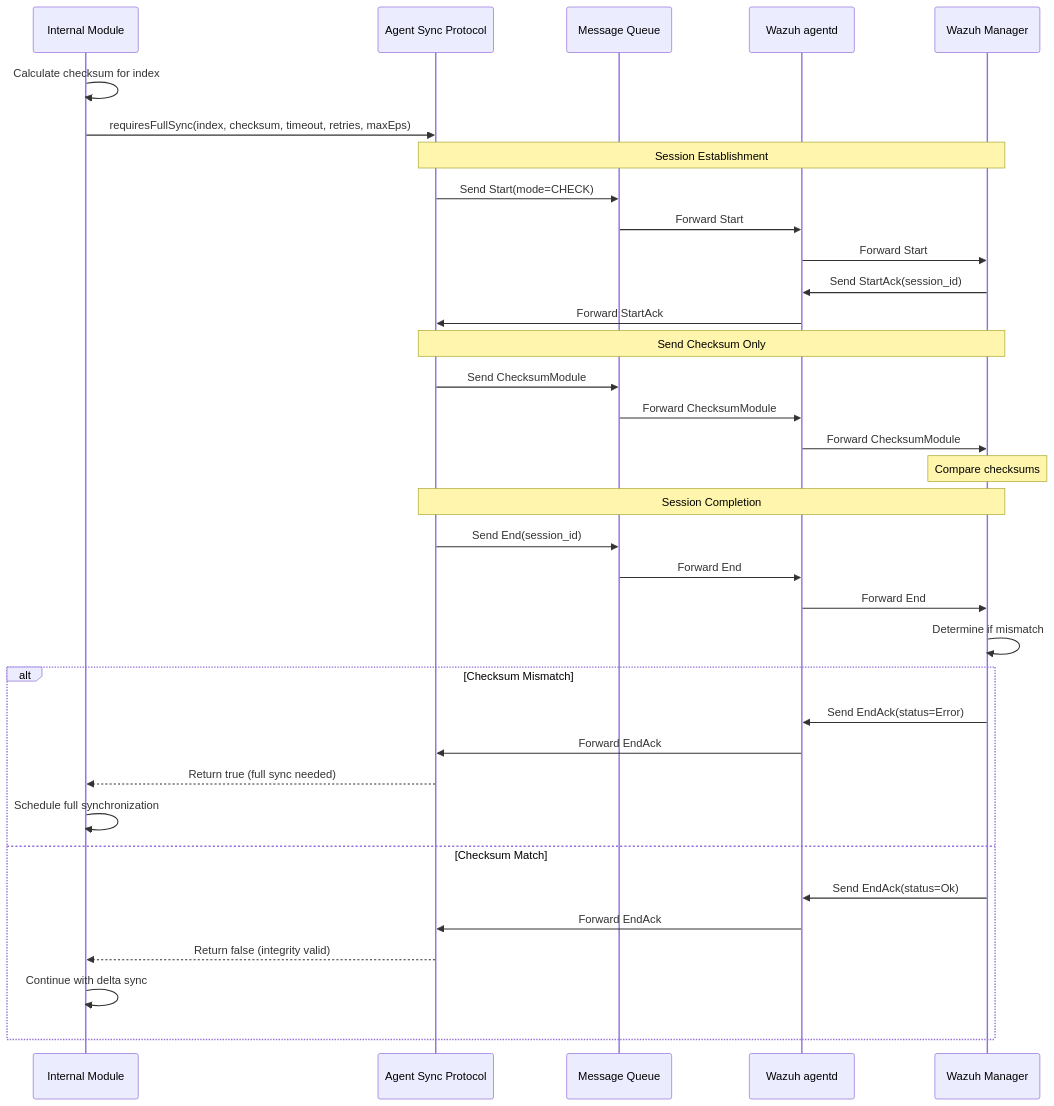
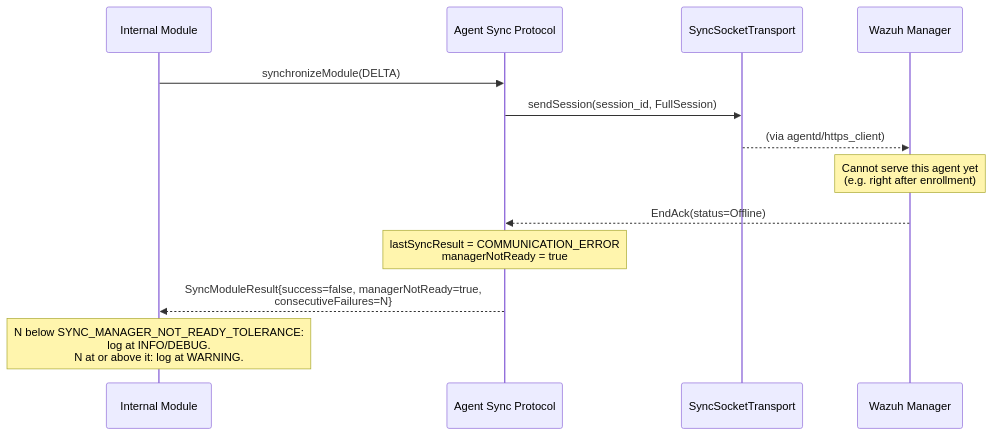
The ninth of 12 diagrams in docs/ref/modules/utils/sync-protocol/sequence-diagrams.md (wazuh/wazuh), drawn with Mermaid before and after one commit. The commit also changed other lines of this file and 9 other files, not shown here.

Commit message:
refactor(sync-protocol): fold FullSession's four payload vectors into one union

````diff
--- a/docs/ref/modules/utils/sync-protocol/sequence-diagrams.md
+++ b/docs/ref/modules/utils/sync-protocol/sequence-diagrams.md
@@ -333,43 +230,19 @@
 ```mermaid
 sequenceDiagram
     participant Module as Internal Module
     participant ASP as Agent Sync Protocol
-    participant MQ as Message Queue
-    participant AD as Wazuh agentd
+    participant Transport as SyncSocketTransport
     participant Manager as Wazuh Manager
 
-    Module->>Module: Calculate checksum for index
-    Module->>ASP: requiresFullSync(index, checksum, timeout, retries, maxEps)
+    Module->>ASP: synchronizeModule(DELTA)
+    ASP->>Transport: sendSession(session_id, FullSession)
+    Transport-->>Manager: (via agentd/https_client)
 
-    Note over ASP,Manager: Session Establishment
-    ASP->>MQ: Send Start(mode=CHECK)
-    MQ->>AD: Forward Start
-    AD->>Manager: Forward Start
-    Manager->>AD: Send StartAck(session_id)
-    AD->>ASP: Forward StartAck
+    Note over Manager: Cannot serve this agent yet<br/>(e.g. right after enrollment)
 
-    Note over ASP,Manager: Send Checksum Only
-    ASP->>MQ: Send ChecksumModule
-    MQ->>AD: Forward ChecksumModule
-    AD->>Manager: Forward ChecksumModule
+    Manager-->>ASP: EndAck(status=Offline)
+    Note over ASP: lastSyncResult = COMMUNICATION_ERROR<br/>managerNotReady = true
 
-    Note over Manager: Compare checksums
-
-    Note over ASP,Manager: Session Completion
-    ASP->>MQ: Send End(session_id)
-    MQ->>AD: Forward End
-    AD->>Manager: Forward End
-    Manager->>Manager: Determine if mismatch
-
-    alt Checksum Mismatch
-        Manager->>AD: Send EndAck(status=Error)
-        AD->>ASP: Forward EndAck
-        ASP-->>Module: Return true (full sync needed)
-        Module->>Module: Schedule full synchronization
-    else Checksum Match
-        Manager->>AD: Send EndAck(status=Ok)
-        AD->>ASP: Forward EndAck
-        ASP-->>Module: Return false (integrity valid)
-        Module->>Module: Continue with delta sync
-    end
+    ASP-->>Module: SyncModuleResult{success=false, managerNotReady=true,<br/>consecutiveFailures=N}
+    Note over Module: N below SYNC_MANAGER_NOT_READY_TOLERANCE:<br/>log at INFO/DEBUG.<br/>N at or above it: log at WARNING.
 ```
````
